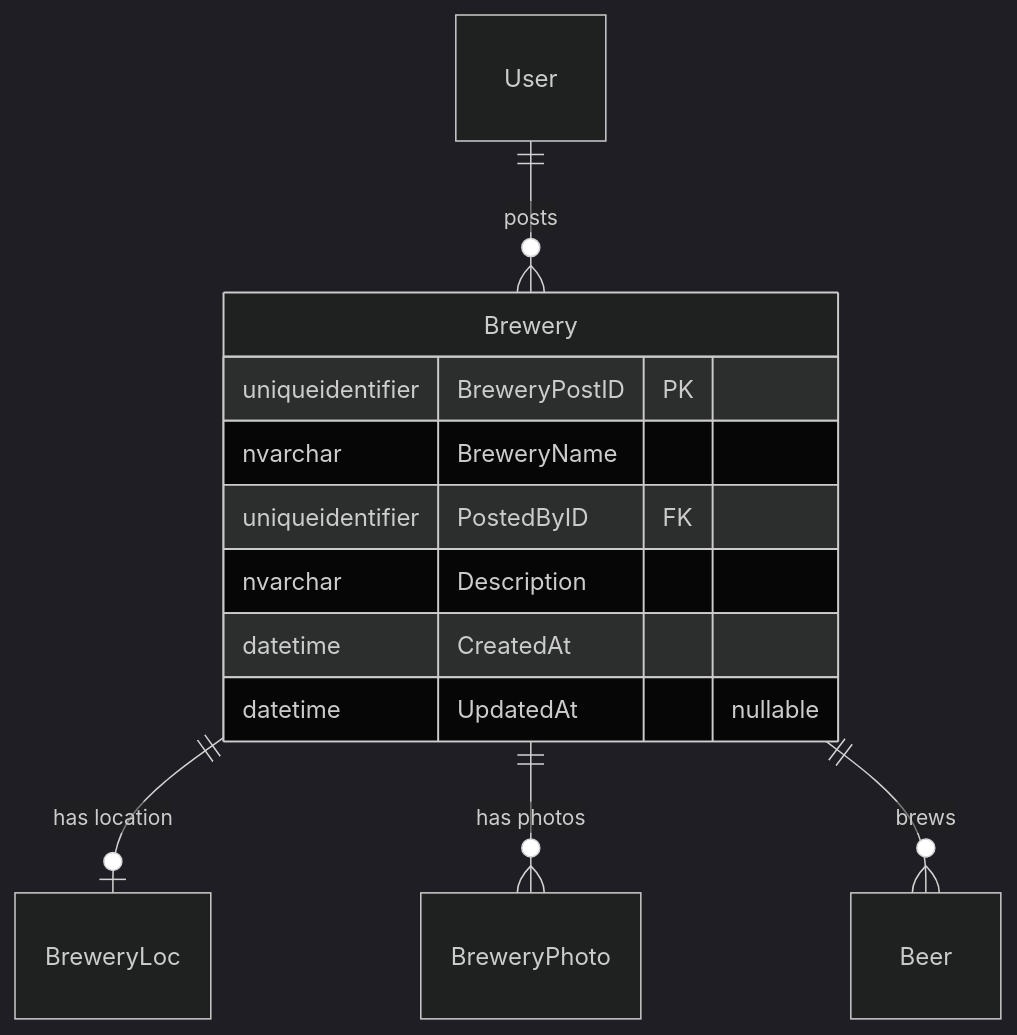
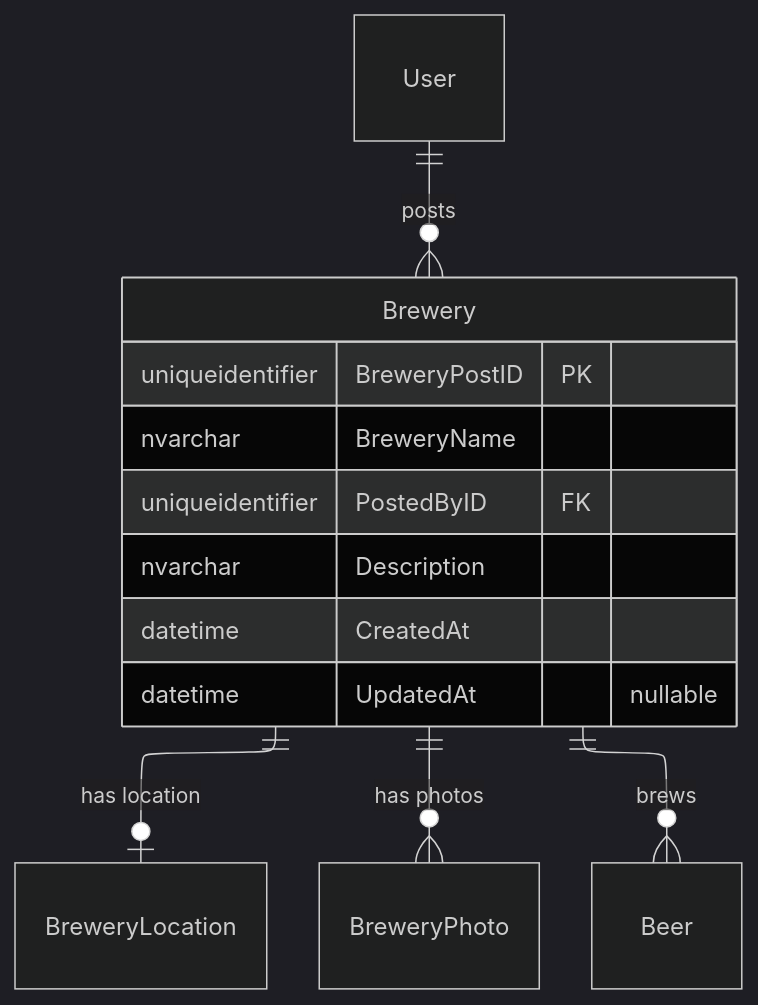
The diagram in docs/web/diagrams/database-schema/brewery.mmd (aaronpo97/the-biergarten-app), drawn with Mermaid (dark theme) before and after one commit. The commit also changed 10 other files, not shown here.

Commit message:
chore/update layouts in diagrams (#273)

```diff
--- a/docs/web/diagrams/database-schema/brewery.mmd
+++ b/docs/web/diagrams/database-schema/brewery.mmd
@@ -1,16 +1,22 @@
+---
+config:
+    layout: elk
+---
+
+
 erDiagram
-    Brewery ||--o| BreweryLoc : "has location"
+    Brewery ||--o| BreweryLocation : "has location"
     Brewery ||--o{ BreweryPhoto : "has photos"
     Brewery ||--o{ Beer : "brews"
 
     %% Cross-schema: defined in full in identity.mmd / location.mmd / media.mmd / beer.mmd
     User ||--o{ Brewery : "posts"
 
     Brewery {
         uniqueidentifier BreweryPostID PK
         nvarchar BreweryName
         uniqueidentifier PostedByID FK
         nvarchar Description
         datetime CreatedAt
         datetime UpdatedAt "nullable"
     }
```
